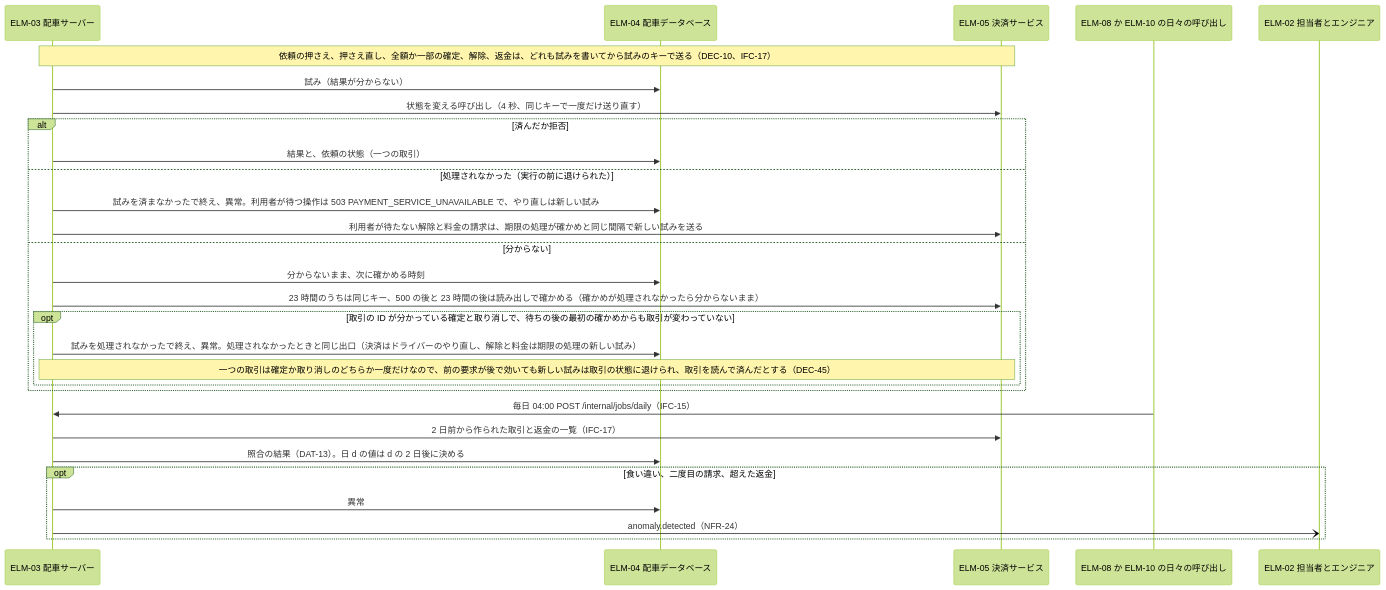
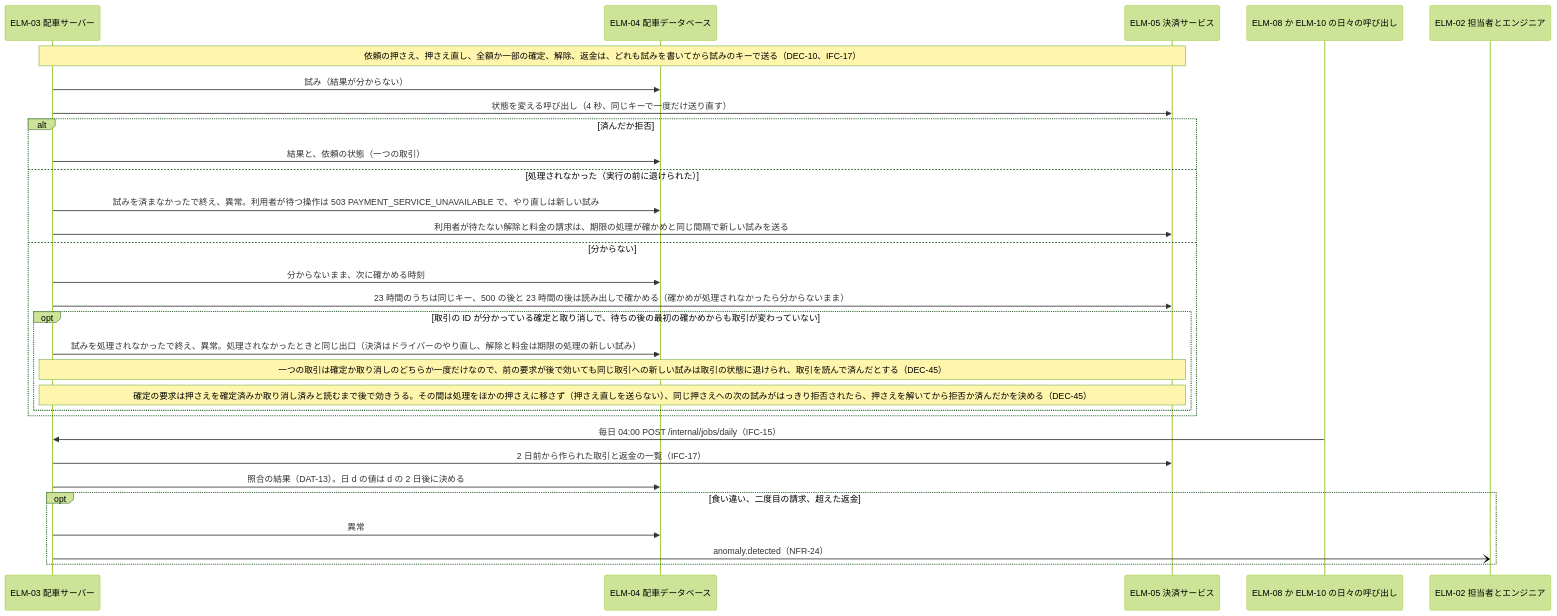
One commit to Taro000/ride-hailing-app-demo changed diagram 26 of 58 in docs/design/3-high-level-design.md. Above: the diagram before and after it, drawn with Mermaid (forest theme). The commit also changed other lines of this file and 8 other files, not shown here.

````diff
--- a/docs/design/3-high-level-design.md
+++ b/docs/design/3-high-level-design.md
@@ -968,31 +1026,32 @@
 ```mermaid
 sequenceDiagram
   participant S as ELM-03 配車サーバー
   participant DB as ELM-04 配車データベース
   participant PAY as ELM-05 決済サービス
   participant J as ELM-08 か ELM-10 の日々の呼び出し
   participant E as ELM-02 担当者とエンジニア
   Note over S,PAY: 依頼の押さえ、押さえ直し、全額か一部の確定、解除、返金は、どれも試みを書いてから試みのキーで送る（DEC-10、IFC-17）
   S->>DB: 試み（結果が分からない）
   S->>PAY: 状態を変える呼び出し（4 秒、同じキーで一度だけ送り直す）
   alt 済んだか拒否
     S->>DB: 結果と、依頼の状態（一つの取引）
   else 処理されなかった（実行の前に退けられた）
     S->>DB: 試みを済まなかったで終え、異常。利用者が待つ操作は 503 PAYMENT_SERVICE_UNAVAILABLE で、やり直しは新しい試み
     S->>PAY: 利用者が待たない解除と料金の請求は、期限の処理が確かめと同じ間隔で新しい試みを送る
   else 分からない
     S->>DB: 分からないまま、次に確かめる時刻
     S->>PAY: 23 時間のうちは同じキー、500 の後と 23 時間の後は読み出しで確かめる（確かめが処理されなかったら分からないまま）
     opt 取引の ID が分かっている確定と取り消しで、待ちの後の最初の確かめからも取引が変わっていない
       S->>DB: 試みを処理されなかったで終え、異常。処理されなかったときと同じ出口（決済はドライバーのやり直し、解除と料金は期限の処理の新しい試み）
-      Note over S,PAY: 一つの取引は確定か取り消しのどちらか一度だけなので、前の要求が後で効いても新しい試みは取引の状態に退けられ、取引を読んで済んだとする（DEC-45）
+      Note over S,PAY: 一つの取引は確定か取り消しのどちらか一度だけなので、前の要求が後で効いても同じ取引への新しい試みは取引の状態に退けられ、取引を読んで済んだとする（DEC-45）
+      Note over S,PAY: 確定の要求は押さえを確定済みか取り消し済みと読むまで後で効きうる。その間は処理をほかの押さえに移さず（押さえ直しを送らない）、同じ押さえへの次の試みがはっきり拒否されたら、押さえを解いてから拒否か済んだかを決める（DEC-45）
     end
   end
   J->>S: 毎日 04:00 POST /internal/jobs/daily（IFC-15）
   S->>PAY: 2 日前から作られた取引と返金の一覧（IFC-17）
   S->>DB: 照合の結果（DAT-13）。日 d の値は d の 2 日後に決める
   opt 食い違い、二度目の請求、超えた返金
     S->>DB: 異常
     S-)E: anomaly.detected（NFR-24）
   end
 ```
````
